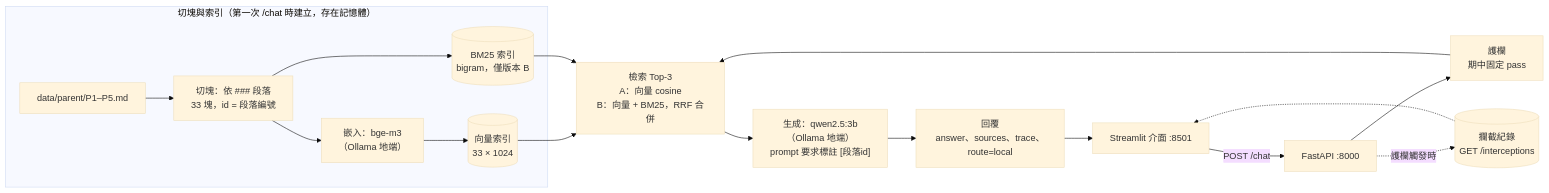
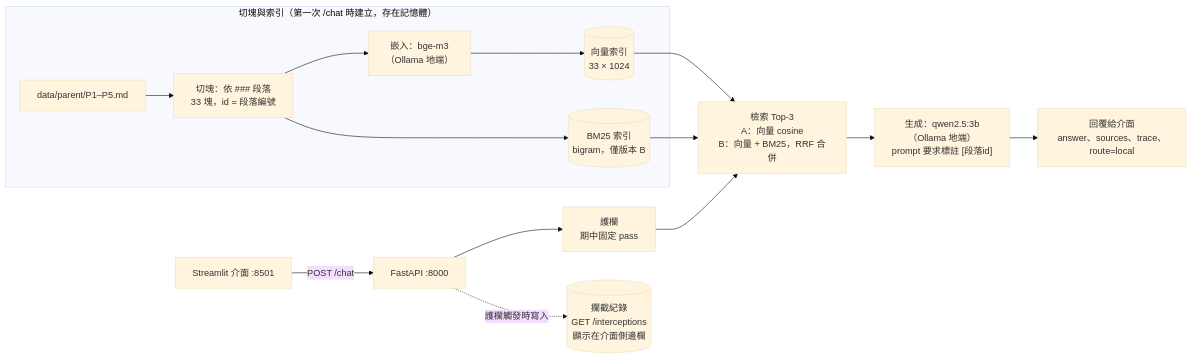
Before and after one commit to HsinYii/creative-learning-parent: the diagram in docs/midterm-report.md, drawn with Mermaid (base theme). The commit also changed other lines of this file, not shown here.

Commit message:
Simplify architecture diagram so the request reads left to right

````diff
--- a/docs/midterm-report.md
+++ b/docs/midterm-report.md
@@ -9,20 +9,18 @@
 ```mermaid
 flowchart LR
     subgraph IDX["切塊與索引（第一次 /chat 時建立，存在記憶體）"]
         D["data/parent/P1–P5.md"] --> C["切塊：依 ### 段落<br/>33 塊，id = 段落編號"]
         C --> E["嵌入：bge-m3<br/>（Ollama 地端）"]
         E --> V[("向量索引<br/>33 × 1024")]
         C --> BM[("BM25 索引<br/>bigram，僅版本 B")]
     end
 
     U["Streamlit 介面 :8501"] -->|POST /chat| API["FastAPI :8000"]
     API --> GR["護欄<br/>期中固定 pass"]
     GR --> R["檢索 Top-3<br/>A：向量 cosine<br/>B：向量 + BM25，RRF 合併"]
     V --> R
     BM --> R
     R --> G["生成：qwen2.5:3b<br/>（Ollama 地端）<br/>prompt 要求標註 [段落id]"]
-    G --> RESP["回覆<br/>answer、sources、trace、route=local"]
-    RESP --> U
-    API -.->|護欄觸發時| LOG[("攔截紀錄<br/>GET /interceptions")]
-    LOG -.-> U
+    G --> RESP["回覆給介面<br/>answer、sources、trace、route=local"]
+    API -.->|護欄觸發時寫入| LOG[("攔截紀錄<br/>GET /interceptions<br/>顯示在介面側邊欄")]
 ```
````
